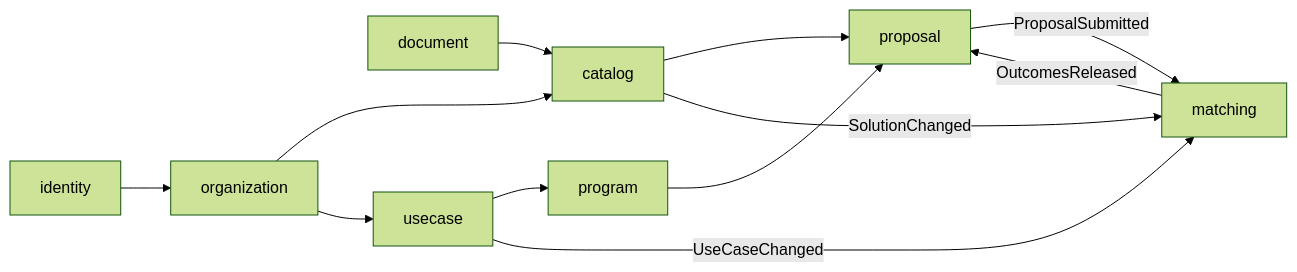
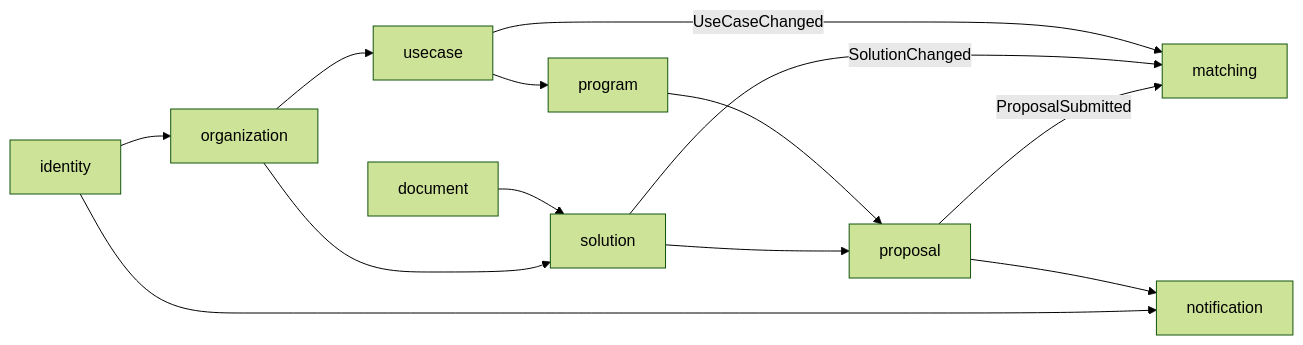
One commit to kl3inIT/BeyondPilot changed the diagram in docs/increments/active/bey-22-phase-1-domain-model/design.md. Above: the diagram before and after it, drawn with Mermaid (forest theme). The commit also changed other lines of this file and 4 other files, not shown here.

````diff
--- a/docs/increments/active/bey-22-phase-1-domain-model/design.md
+++ b/docs/increments/active/bey-22-phase-1-domain-model/design.md
@@ -101,14 +103,15 @@
 ```mermaid
 flowchart LR
   identity --> organization
-  organization --> catalog
-  document --> catalog
+  organization --> solution
+  document --> solution
   organization --> usecase
   usecase --> program
-  catalog --> proposal
+  solution --> proposal
   program --> proposal
   proposal -- ProposalSubmitted --> matching
-  catalog -- SolutionChanged --> matching
+  solution -- SolutionChanged --> matching
   usecase -- UseCaseChanged --> matching
-  matching -- OutcomesReleased --> proposal
+  identity --> notification
+  proposal --> notification
 ```
````
